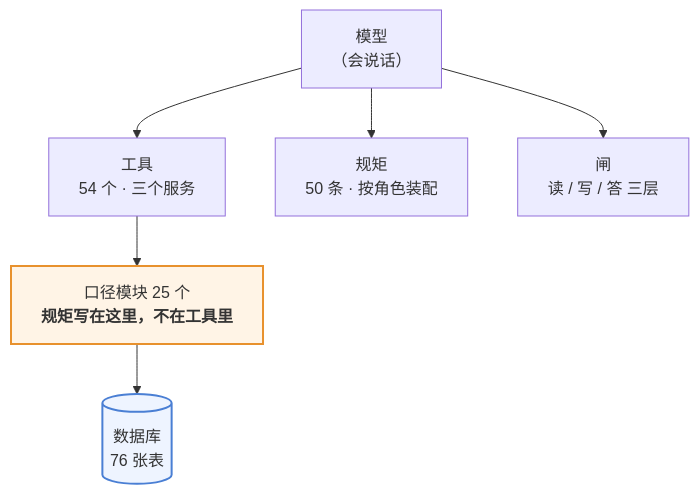
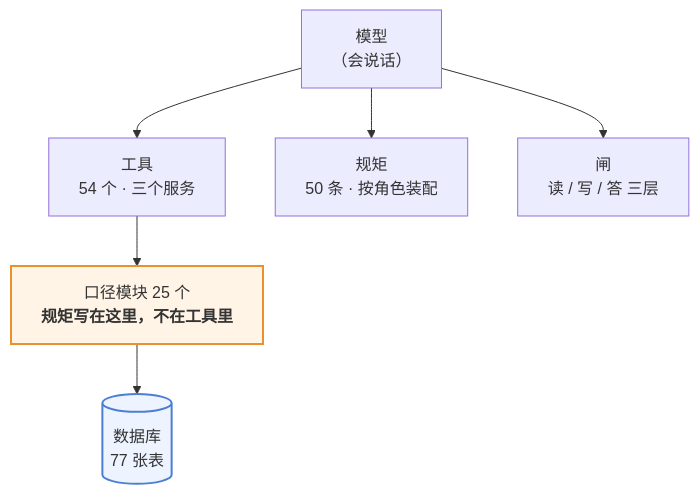
The first of 3 diagrams in 澜绣云裳agent-产品说明.md (843773296-rgb/lanxiu-yunshang-agent), drawn with Mermaid before and after one commit. The commit also changed other lines of this file and 8 other files, not shown here.

````diff
--- a/澜绣云裳agent-产品说明.md
+++ b/澜绣云裳agent-产品说明.md
@@ -62,12 +62,12 @@
 ```mermaid
 flowchart TD
     M["模型<br/>（会说话）"]
     M --> T["工具<br/>54 个 · 三个服务"]
     M --> R["规矩<br/>50 条 · 按角色装配"]
     M --> G["闸<br/>读 / 写 / 答 三层"]
     T --> K["口径模块 25 个<br/><b>规矩写在这里，不在工具里</b>"]
-    K --> DB[("数据库<br/>76 张表")]
+    K --> DB[("数据库<br/>77 张表")]
 
     style K fill:#fff4e6,stroke:#e8912d,stroke-width:2px
     style DB fill:#eef4ff,stroke:#4a7fd4,stroke-width:2px
 ```
````
